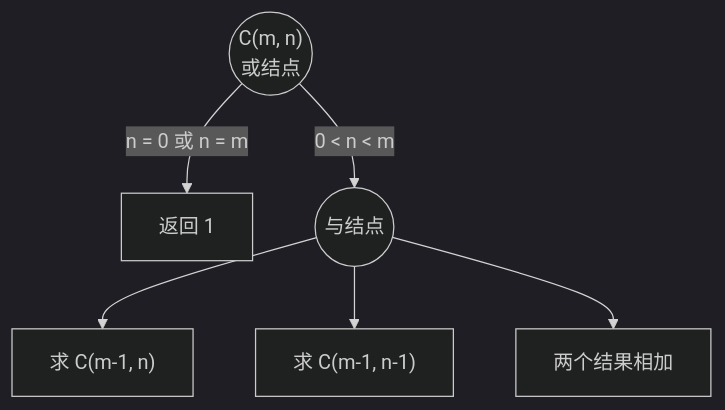
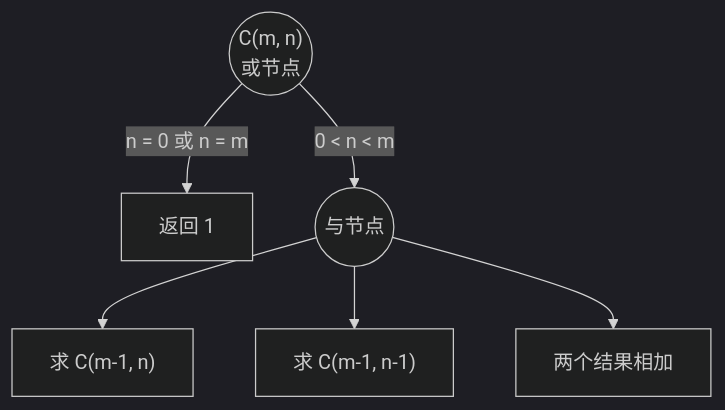
One commit to zf-li23/personal-wiki-site changed the first of 2 diagrams in content/4.computer-science/4.1.programming-fundamentals/4.1.10.recursion-and-decrease-and-conquer/index.zh.md. Above: the diagram before and after it, drawn with Mermaid (dark theme). The commit also changed other lines of this file and 382 other files, not shown here.

Commit message:
Sitewide terminology: 根足虫类 for Rhizaria, 短尾乌贼/枪乌贼/鱿鱼 by animal, 节点 for nodes, US spelling, Gram-positive/negative, 变构, 电子分叉, field for 数域 in 2.1, descriptive figure references; 锐滴虫, 满月蛤科; glossary updated

````diff
--- a/content/4.computer-science/4.1.programming-fundamentals/4.1.10.recursion-and-decrease-and-conquer/index.zh.md
+++ b/content/4.computer-science/4.1.programming-fundamentals/4.1.10.recursion-and-decrease-and-conquer/index.zh.md
@@ -231,8 +231,8 @@
 ```mermaid
 flowchart TD
-    A(("C(m, n)<br/>或结点")) -->|"n = 0 或 n = m"| B["返回 1"]
-    A -->|"0 < n < m"| C(("与结点"))
+    A(("C(m, n)<br/>或节点")) -->|"n = 0 或 n = m"| B["返回 1"]
+    A -->|"0 < n < m"| C(("与节点"))
     C --> D["求 C(m-1, n)"]
     C --> E["求 C(m-1, n-1)"]
     C --> F["两个结果相加"]
 ```
````
